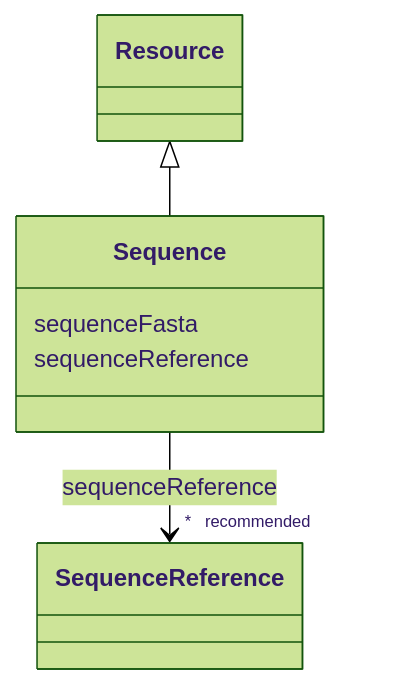
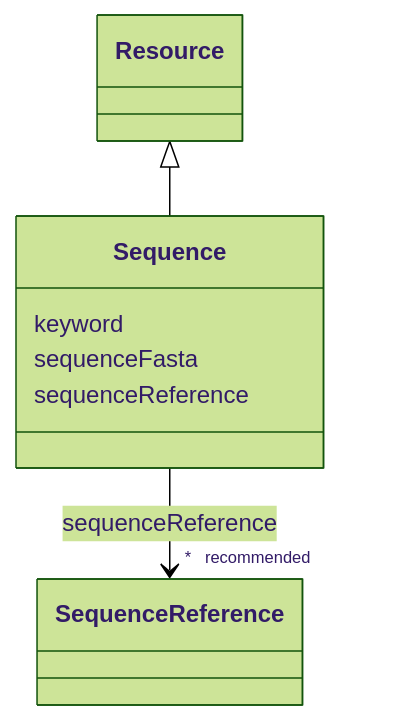
Before and after one commit to EVORA-project/evora-ontology: the diagram in models/docs/Sequence.md, drawn with Mermaid (forest theme). The commit also changed other lines of this file and 402 other files, not shown here.

````diff
--- a/models/docs/Sequence.md
+++ b/models/docs/Sequence.md
@@ -19,20 +19,22 @@
 ```mermaid
  classDiagram
     class Sequence
     click Sequence href "../Sequence"
       Resource <|-- Sequence
         click Resource href "../Resource"
       
+      Sequence : keyword
+        
       Sequence : sequenceFasta
         
       Sequence : sequenceReference
         
           
     
     
     Sequence --> "* _recommended_" SequenceReference : sequenceReference
     click SequenceReference href "../SequenceReference"
 
         
       
 ```
````
